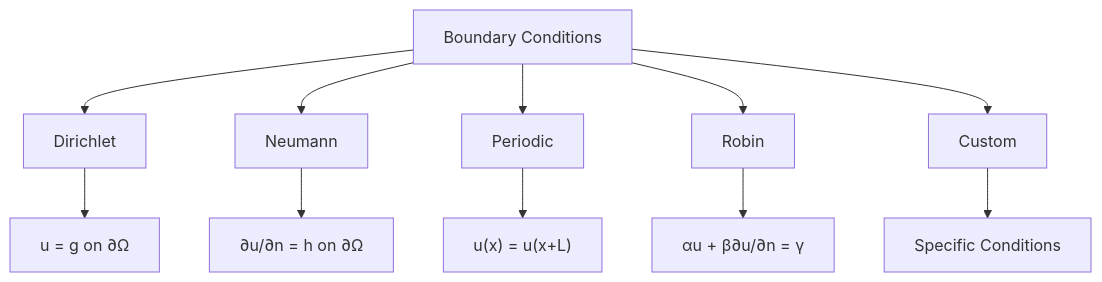
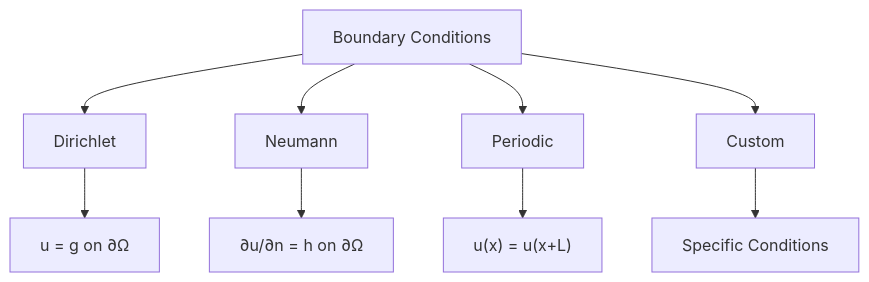
One commit to sbstndb/samurai changed diagram 16 of 19 in docs/numerical_schemes.md. Above: the diagram before and after it, drawn with Mermaid. The commit also changed other lines of this file and 11 other files, not shown here.

````diff
--- a/docs/numerical_schemes.md
+++ b/docs/numerical_schemes.md
@@ -435,14 +435,12 @@
 ```mermaid
 graph TB
     A[Boundary Conditions] --> B[Dirichlet]
     A --> C[Neumann]
     A --> D[Periodic]
-    A --> E[Robin]
-    A --> F[Custom]
+    A --> E[Custom]
     
     B --> G["u = g on ∂Ω"]
     C --> H["∂u/∂n = h on ∂Ω"]
     D --> I["u(x) = u(x+L)"]
-    E --> J["αu + β∂u/∂n = γ"]
-    F --> K[Specific Conditions]
+    E --> K[Specific Conditions]
 ```
````
